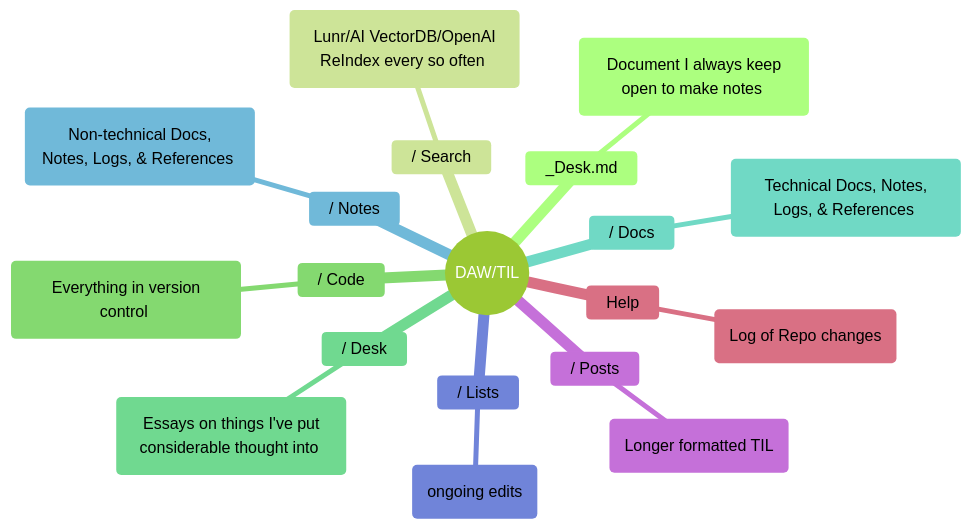
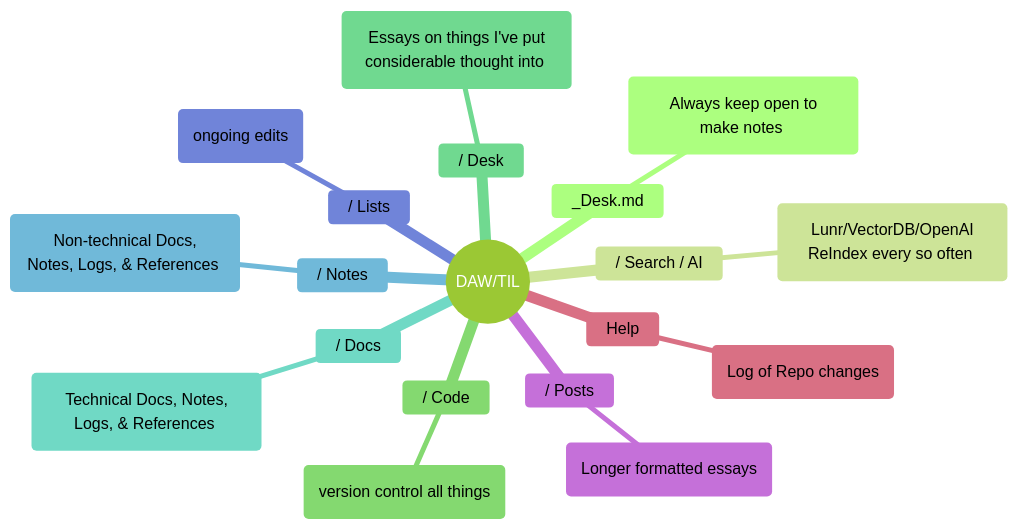
The first of 2 diagrams in posts/2023-12-03-posts.md (windhamdavid/til), drawn with Mermaid before and after one commit. The commit also changed other lines of this file and 3 other files, not shown here.

````diff
--- a/posts/2023-12-03-posts.md
+++ b/posts/2023-12-03-posts.md
@@ -67,23 +169,23 @@
 ```mermaid
 %%{init: {'theme':'forest'}}%%
 mindmap
   root((DAW/TIL))
     _Desk.md
-      ( Document I always keep open to make notes )
-    / Search
-      ( Lunr/AI VectorDB/OpenAI ReIndex every so often )
+      ( Always keep open to make notes )
+    / Search / AI
+      ( Lunr/VectorDB/OpenAI ReIndex every so often )
     / Code
-      ( Everything in version control )
+      ( version control all things)
     / Desk
       ( Essays on things I've put considerable thought into )
     / Docs
       ( Technical Docs, Notes, Logs, & References )
     / Notes
       ( Non-technical Docs, Notes, Logs, & References )
     / Lists
       ( ongoing edits )
     / Posts
-      ( Longer formatted TIL )
+      ( Longer formatted essays )
     Help
       ( Log of Repo changes )
 ```
````
